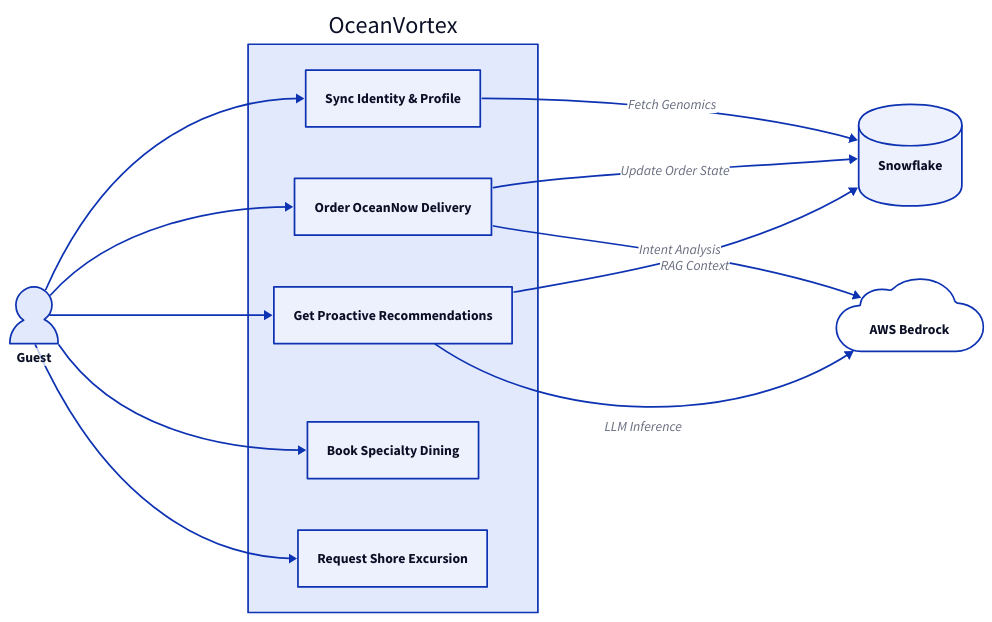
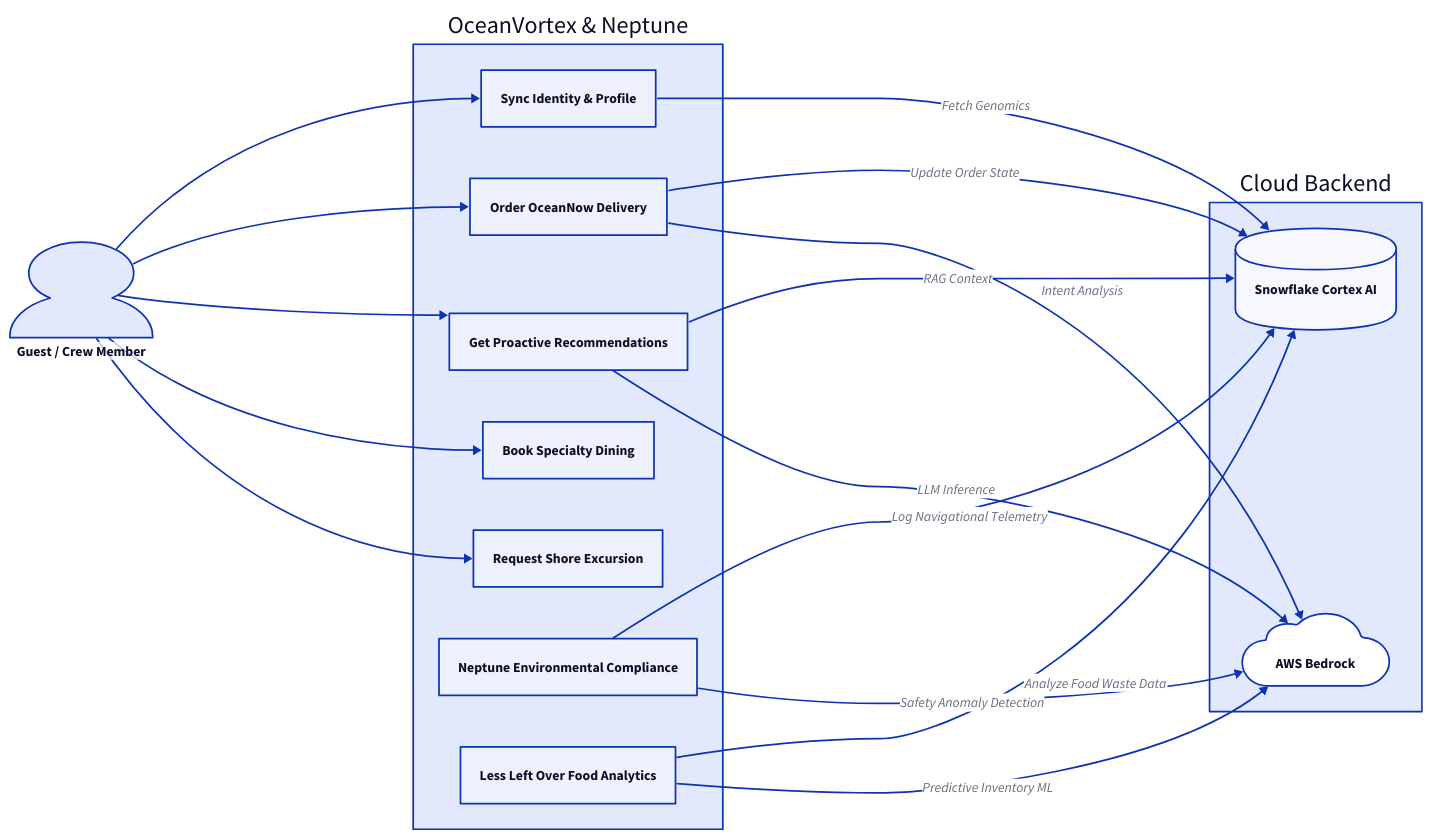
One commit to jgfurlan/neurotask-agent changed the diagram in docs/use_cases.d2. Above: the diagram before and after it, drawn with D2. The commit also changed 18 other files, not shown here.

First line of the commit message:
docs: align architecture D2 diagrams with Carnival ecosystem

```diff
--- a/docs/use_cases.d2
+++ b/docs/use_cases.d2
@@ -1,34 +1,45 @@
 direction: right
 
-Guest: Guest {
+Guest: Guest / Crew Member {
   shape: person
 }
 
-System: OceanVortex {
+System: OceanVortex & Neptune {
   UC1: "Sync Identity & Profile"
   UC2: "Order OceanNow Delivery"
   UC3: "Get Proactive Recommendations"
   UC4: "Book Specialty Dining"
   UC5: "Request Shore Excursion"
+  UC6: "Neptune Environmental Compliance"
+  UC7: "Less Left Over Food Analytics"
 }
 
-Snowflake: Snowflake {
-  shape: cylinder
-}
+Cloud: Cloud Backend {
+  Snowflake: Snowflake Cortex AI {
+    shape: cylinder
+  }
 
-Bedrock: AWS Bedrock {
-  shape: cloud
+  Bedrock: AWS Bedrock {
+    shape: cloud
+  }
 }
 
 Guest -> System.UC1
 Guest -> System.UC2
 Guest -> System.UC3
 Guest -> System.UC4
 Guest -> System.UC5
 
-System.UC1 -> Snowflake: "Fetch Genomics"
-System.UC2 -> Snowflake: "Update Order State"
-System.UC3 -> Snowflake: "RAG Context"
-System.UC3 -> Bedrock: "LLM Inference"
+System.UC1 -> Cloud.Snowflake: "Fetch Genomics"
+System.UC2 -> Cloud.Snowflake: "Update Order State"
+System.UC3 -> Cloud.Snowflake: "RAG Context"
+System.UC3 -> Cloud.Bedrock: "LLM Inference"
 
-System.UC2 -> Bedrock: "Intent Analysis"
+System.UC2 -> Cloud.Bedrock: "Intent Analysis"
+
+# New Operational Use Cases
+System.UC6 -> Cloud.Snowflake: "Log Navigational Telemetry"
+System.UC6 -> Cloud.Bedrock: "Safety Anomaly Detection"
+
+System.UC7 -> Cloud.Snowflake: "Analyze Food Waste Data"
+System.UC7 -> Cloud.Bedrock: "Predictive Inventory ML"
```
